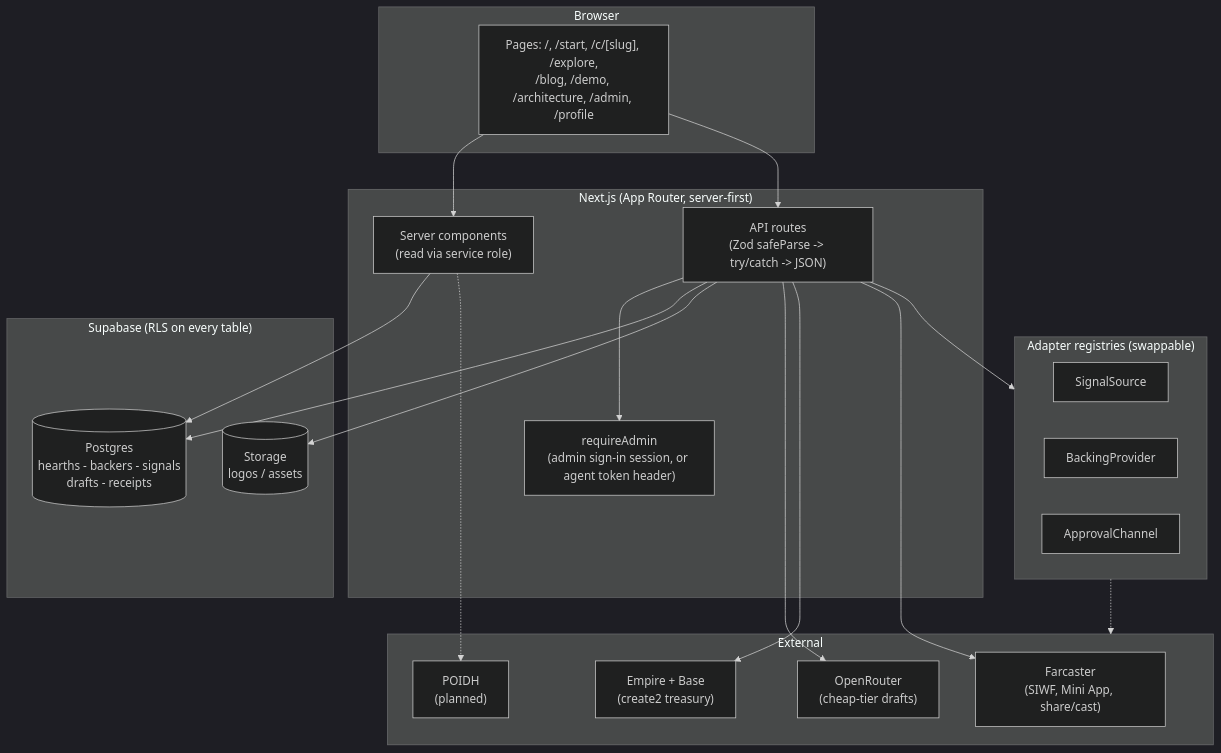
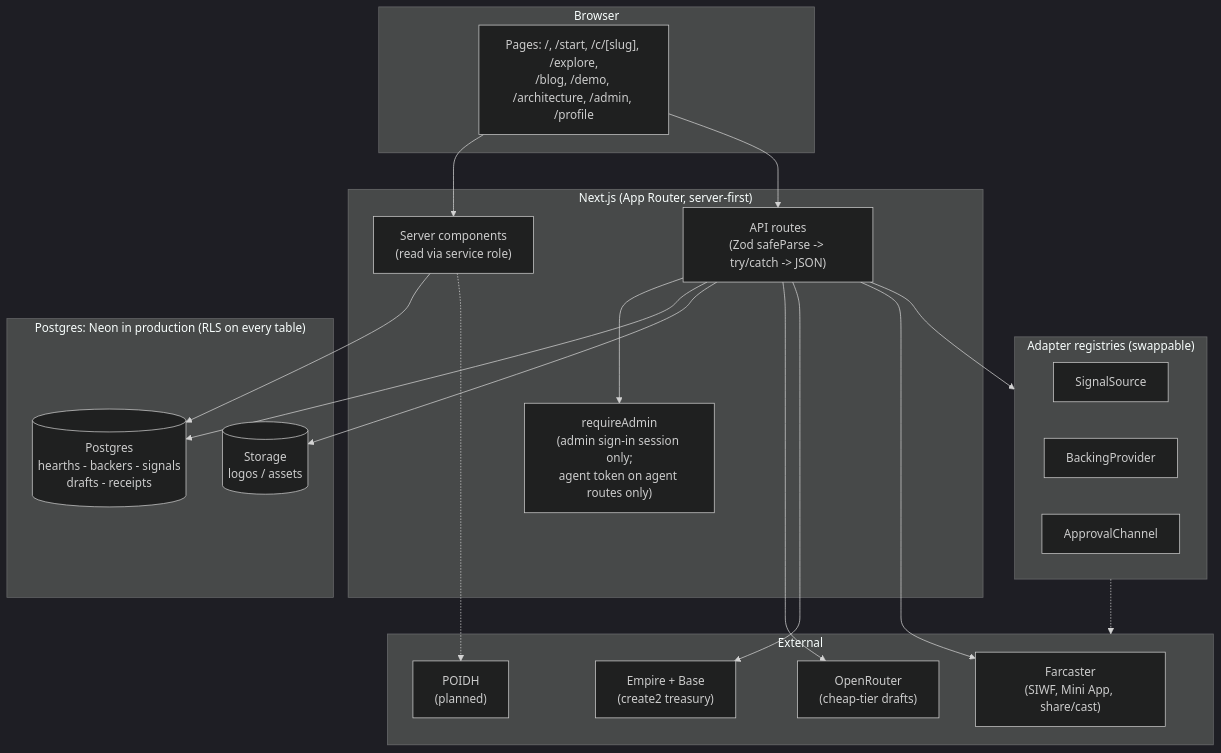
The second of 6 diagrams in README.md (bettercallzaal/sparkz), drawn with Mermaid (dark theme) before and after one commit. The commit also changed other lines of this file and 3 other files, not shown here.

First line of the commit message:
docs: production is Neon + Vercel Blob; FID sign-in; document the agent token, TestFlight and script env vars (#417)

````diff
--- a/README.md
+++ b/README.md
@@ -198,43 +198,43 @@
 ```mermaid
 flowchart TB
   subgraph Browser
     UI["Pages: /, /start, /c/[slug], /explore,<br/>/blog, /demo, /architecture, /admin, /profile"]
   end
 
   subgraph Next["Next.js (App Router, server-first)"]
     Pages["Server components<br/>(read via service role)"]
     API["API routes<br/>(Zod safeParse -> try/catch -> JSON)"]
-    Auth["requireAdmin<br/>(admin sign-in session, or agent token header)"]
+    Auth["requireAdmin<br/>(admin sign-in session only;<br/>agent token on agent routes only)"]
   end
 
-  subgraph Data["Supabase (RLS on every table)"]
+  subgraph Data["Postgres: Neon in production (RLS on every table)"]
     DB[("Postgres<br/>hearths - backers - signals<br/>drafts - receipts")]
     Store[("Storage<br/>logos / assets")]
   end
 
   subgraph Seams["Adapter registries (swappable)"]
     SS["SignalSource"]
     BP["BackingProvider"]
     AC["ApprovalChannel"]
   end
 
   subgraph Ext["External"]
     OR["OpenRouter<br/>(cheap-tier drafts)"]
     EM["Empire + Base<br/>(create2 treasury)"]
     FC["Farcaster<br/>(SIWF, Mini App, share/cast)"]
     PO["POIDH<br/>(planned)"]
   end
 
   UI --> Pages
   UI --> API
   API --> Auth
   Pages --> DB
   API --> DB
   API --> Store
   API --> Seams
   Seams -.-> Ext
   API --> OR
   API --> EM
   API --> FC
   Pages -.-> PO
 ```
````
